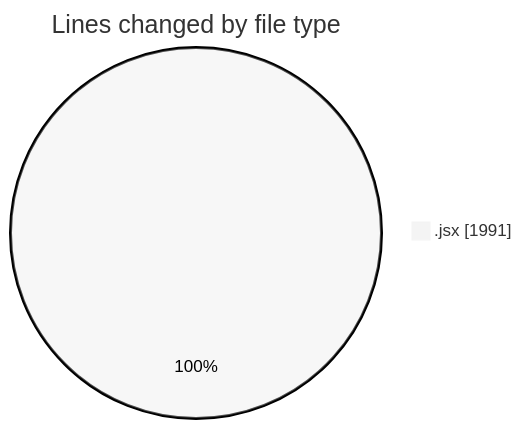
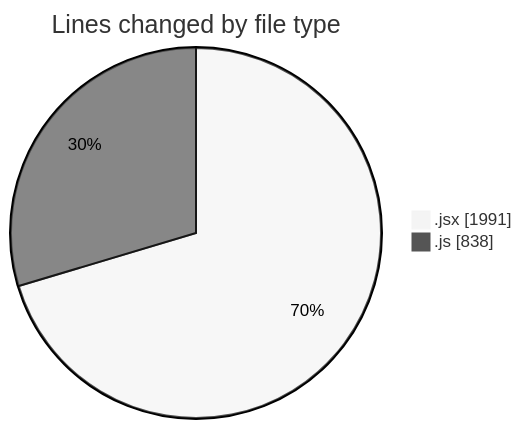
Before and after one commit to nxtqubesakshisongat/code-tracking: the first of 2 diagrams in 2025-09-21/nxtqube_webapp/README.md, drawn with Mermaid (neutral theme). The commit also changed other lines of this file and 1 other file, not shown here.

````diff
--- a/2025-09-21/nxtqube_webapp/README.md
+++ b/2025-09-21/nxtqube_webapp/README.md
@@ -21,5 +22,6 @@
 ```mermaid
 pie showData
 title Lines changed by file type
 ".jsx" : 1991
+".js" : 838
 ```
````
